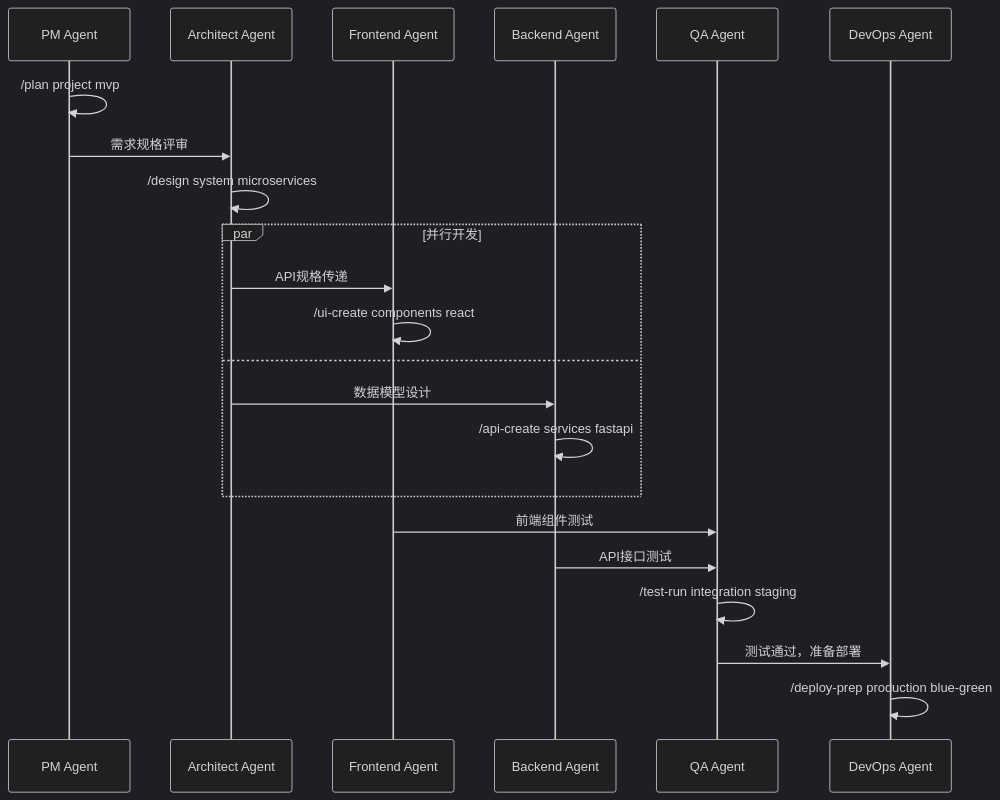
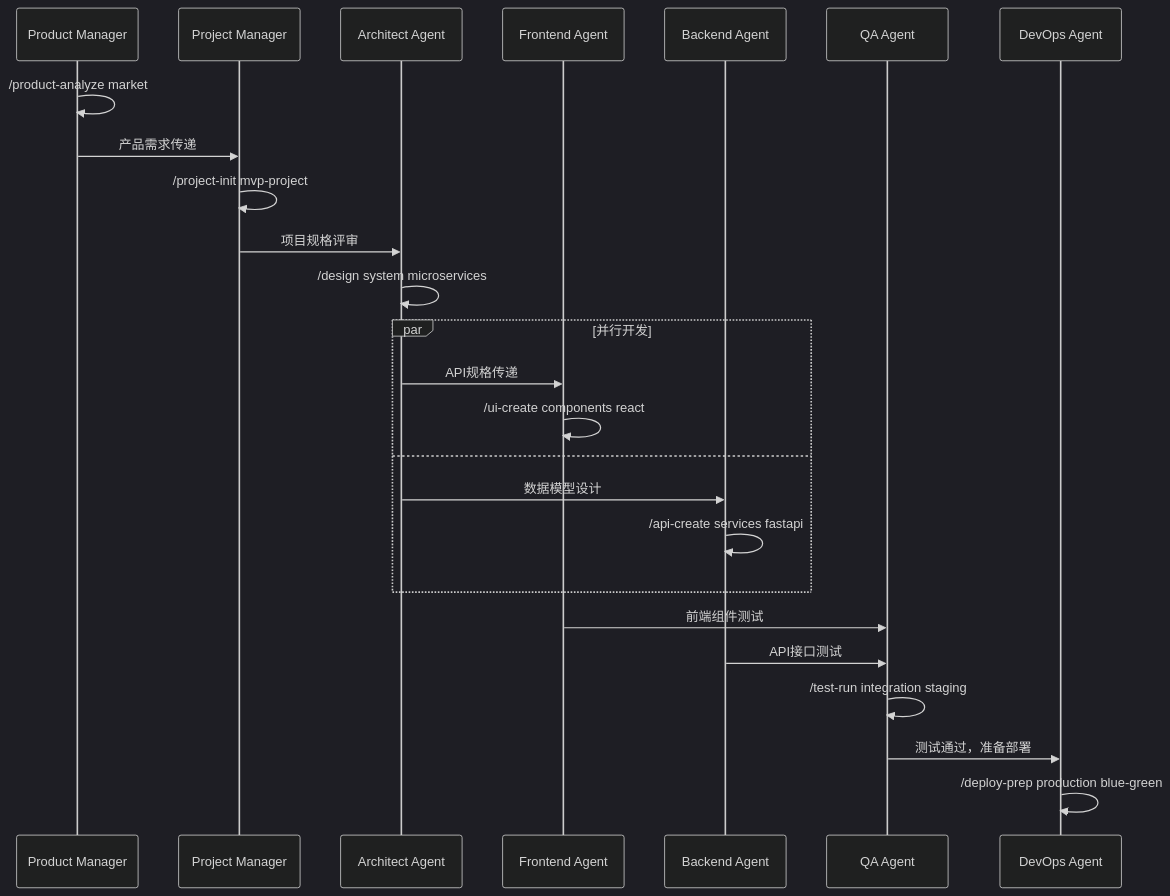
One commit to quboqin/template-agenticide-vibecoding changed the fifth of 5 diagrams in README.md. Above: the diagram before and after it, drawn with Mermaid (dark theme). The commit also changed other lines of this file and 1 other file, not shown here.

First line of the commit message:
refactor: 移除旧的PM Agent，完善新管理型Agent集成

````diff
--- a/README.md
+++ b/README.md
@@ -312,28 +322,31 @@
 ```mermaid
 sequenceDiagram
-    participant PM as PM Agent
+    participant ProdM as Product Manager
+    participant ProjM as Project Manager
     participant Arch as Architect Agent
     participant FE as Frontend Agent
     participant BE as Backend Agent
     participant QA as QA Agent
     participant Ops as DevOps Agent
     
-    PM->>PM: /plan project mvp
-    PM->>Arch: 需求规格评审
+    ProdM->>ProdM: /product-analyze market
+    ProdM->>ProjM: 产品需求传递
+    ProjM->>ProjM: /project-init mvp-project
+    ProjM->>Arch: 项目规格评审
     Arch->>Arch: /design system microservices
     
     par 并行开发
         Arch->>FE: API规格传递
         FE->>FE: /ui-create components react
         and
         Arch->>BE: 数据模型设计
         BE->>BE: /api-create services fastapi
     end
     
     FE->>QA: 前端组件测试
     BE->>QA: API接口测试
     QA->>QA: /test-run integration staging
     
     QA->>Ops: 测试通过，准备部署
     Ops->>Ops: /deploy-prep production blue-green
 ```
````
